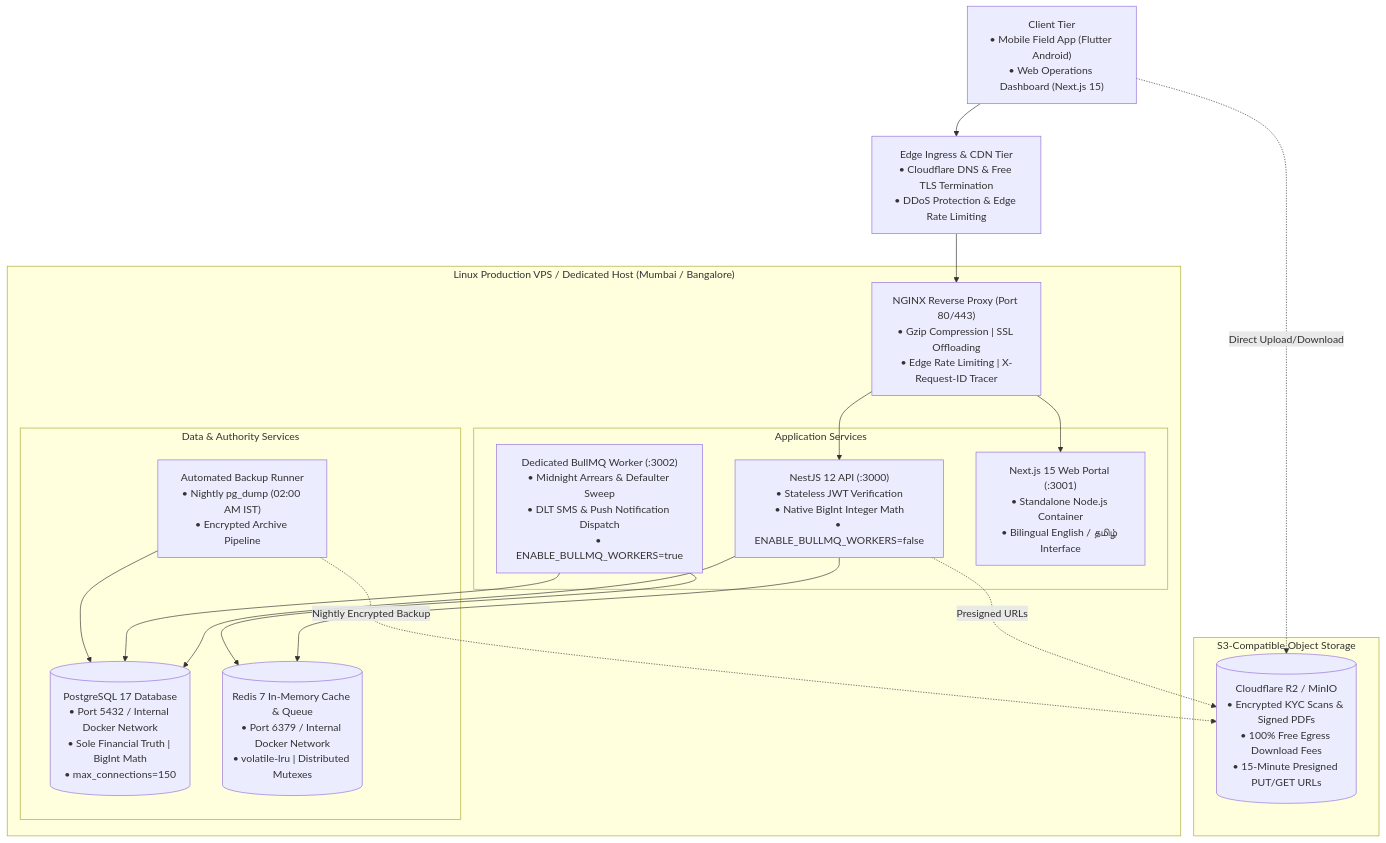
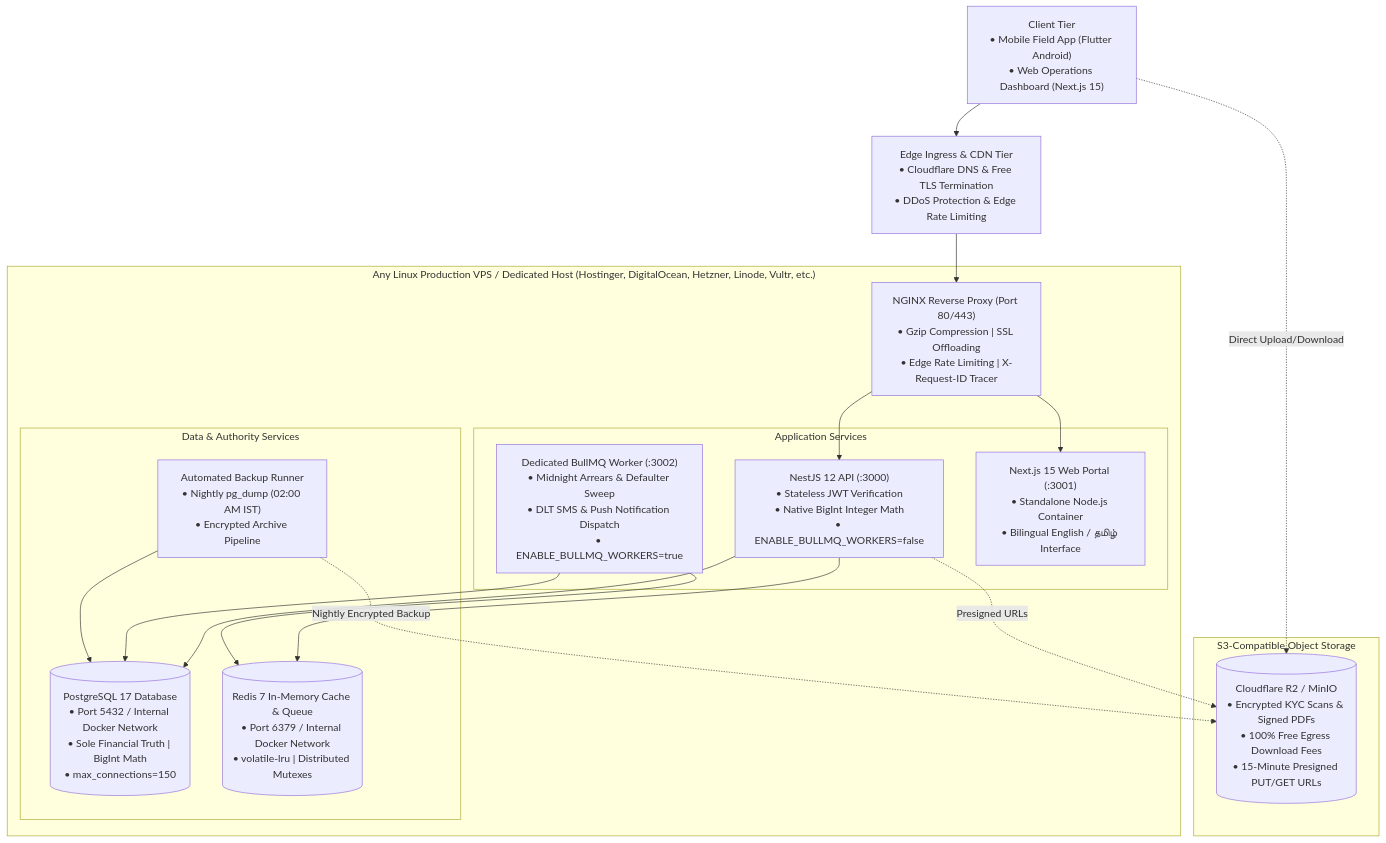
One commit to Kathir-24/Kumaran-finance changed the diagram in docs/06-devops/infrastructure-and-drp.md. Above: the diagram before and after it, drawn with Mermaid. The commit also changed other lines of this file and 9 other files, not shown here.

First line of the commit message:
docs(infra): establish and confirm universal Linux VPS and Cloudflare R2 production architecture

````diff
--- a/docs/06-devops/infrastructure-and-drp.md
+++ b/docs/06-devops/infrastructure-and-drp.md
@@ -14,39 +14,39 @@
 ```mermaid
 flowchart TD
     Clients["Client Tier\n• Mobile Field App (Flutter Android)\n• Web Operations Dashboard (Next.js 15)"]
     
     Cloudflare["Edge Ingress & CDN Tier\n• Cloudflare DNS & Free TLS Termination\n• DDoS Protection & Edge Rate Limiting"]
     
-    subgraph HostServer ["Linux Production VPS / Dedicated Host (Mumbai / Bangalore)"]
+    subgraph HostServer ["Any Linux Production VPS / Dedicated Host (Hostinger, DigitalOcean, Hetzner, Linode, Vultr, etc.)"]
         Nginx["NGINX Reverse Proxy (Port 80/443)\n• Gzip Compression | SSL Offloading\n• Edge Rate Limiting | X-Request-ID Tracer"]
         
         subgraph AppTier ["Application Services"]
             API["NestJS 12 API (:3000)\n• Stateless JWT Verification\n• Native BigInt Integer Math\n• ENABLE_BULLMQ_WORKERS=false"]
             Worker["Dedicated BullMQ Worker (:3002)\n• Midnight Arrears & Defaulter Sweep\n• DLT SMS & Push Notification Dispatch\n• ENABLE_BULLMQ_WORKERS=true"]
             Web["Next.js 15 Web Portal (:3001)\n• Standalone Node.js Container\n• Bilingual English / தமிழ் Interface"]
         end
         
         subgraph DataTier ["Data & Authority Services"]
             DB[("PostgreSQL 17 Database\n• Port 5432 / Internal Docker Network\n• Sole Financial Truth | BigInt Math\n• max_connections=150")]
             Redis[("Redis 7 In-Memory Cache & Queue\n• Port 6379 / Internal Docker Network\n• volatile-lru | Distributed Mutexes")]
             BackupCron["Automated Backup Runner\n• Nightly pg_dump (02:00 AM IST)\n• Encrypted Archive Pipeline"]
         end
     end
     
     subgraph StorageTier ["S3-Compatible Object Storage"]
         R2[("Cloudflare R2 / MinIO\n• Encrypted KYC Scans & Signed PDFs\n• 100% Free Egress Download Fees\n• 15-Minute Presigned PUT/GET URLs")]
     end
 
     Clients --> Cloudflare
     Cloudflare --> Nginx
     Nginx --> API
     Nginx --> Web
     API --> DB
     API --> Redis
     Worker --> DB
     Worker --> Redis
     BackupCron --> DB
     BackupCron -.->|Nightly Encrypted Backup| R2
     API -.->|Presigned URLs| R2
     Clients -.->|Direct Upload/Download| R2
 ```
````
